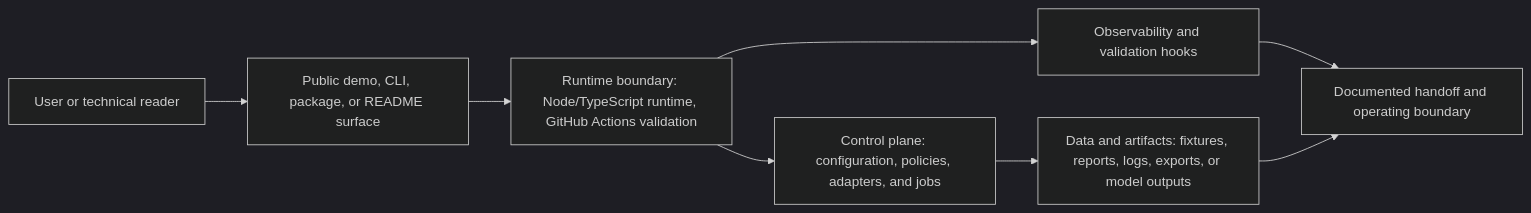
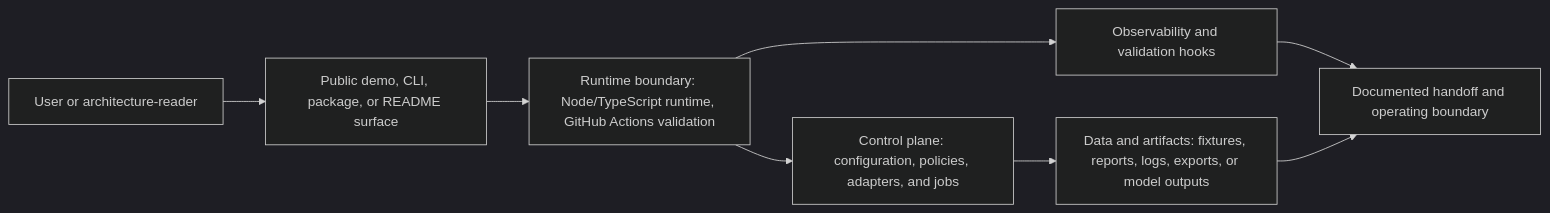
The diagram in docs/system-architecture.md (KIM3310/multi-cli-pilot), drawn with Mermaid (dark theme) before and after one commit. The commit also changed 26 other files, not shown here.

Commit message:
docs: align architecture-first project surface

````diff
--- a/docs/system-architecture.md
+++ b/docs/system-architecture.md
@@ -18,10 +18,10 @@
 ```mermaid
 flowchart LR
-    User["User or technical reader"] --> Surface["Public demo, CLI, package, or README surface"]
+    User["User or architecture-reader"] --> Surface["Public demo, CLI, package, or README surface"]
     Surface --> Runtime["Runtime boundary: Node/TypeScript runtime, GitHub Actions validation"]
     Runtime --> Control["Control plane: configuration, policies, adapters, and jobs"]
     Control --> Data["Data and artifacts: fixtures, reports, logs, exports, or model outputs"]
     Runtime --> Observability["Observability and validation hooks"]
     Observability --> Handoff["Documented handoff and operating boundary"]
     Data --> Handoff
 ```
````
